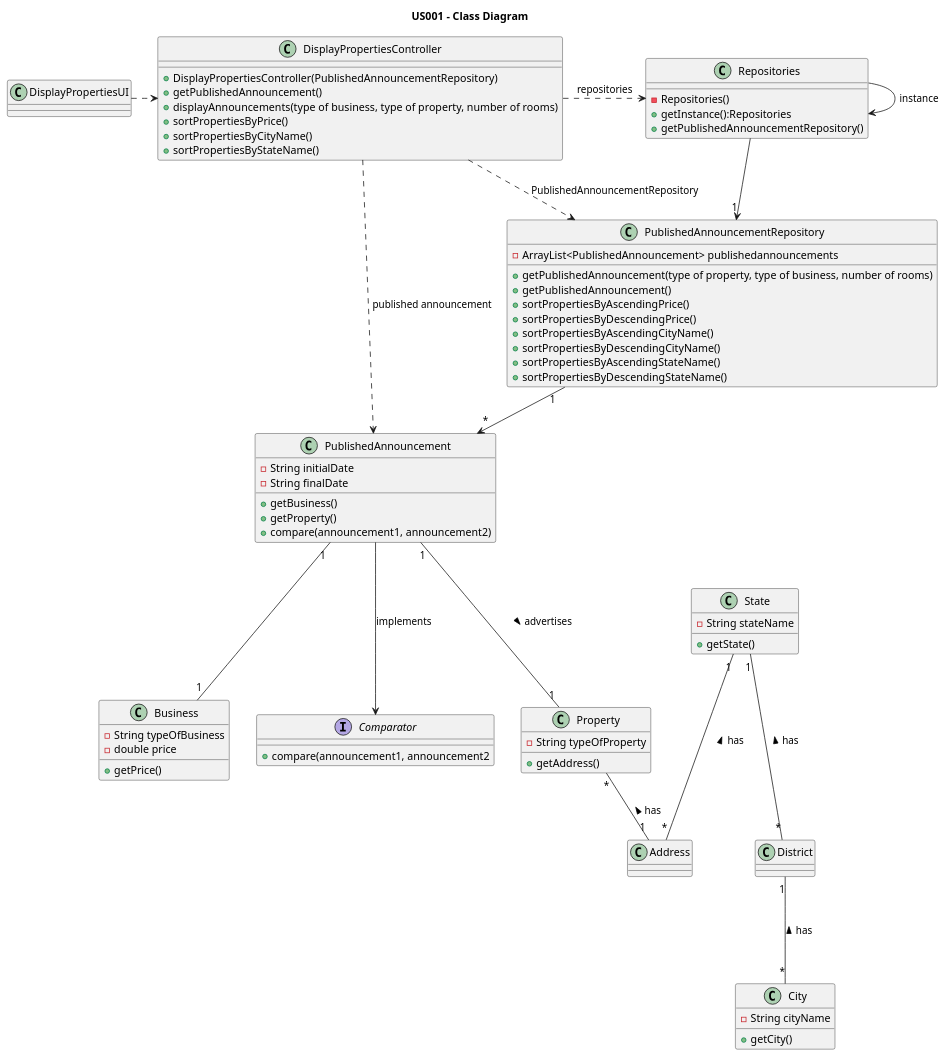
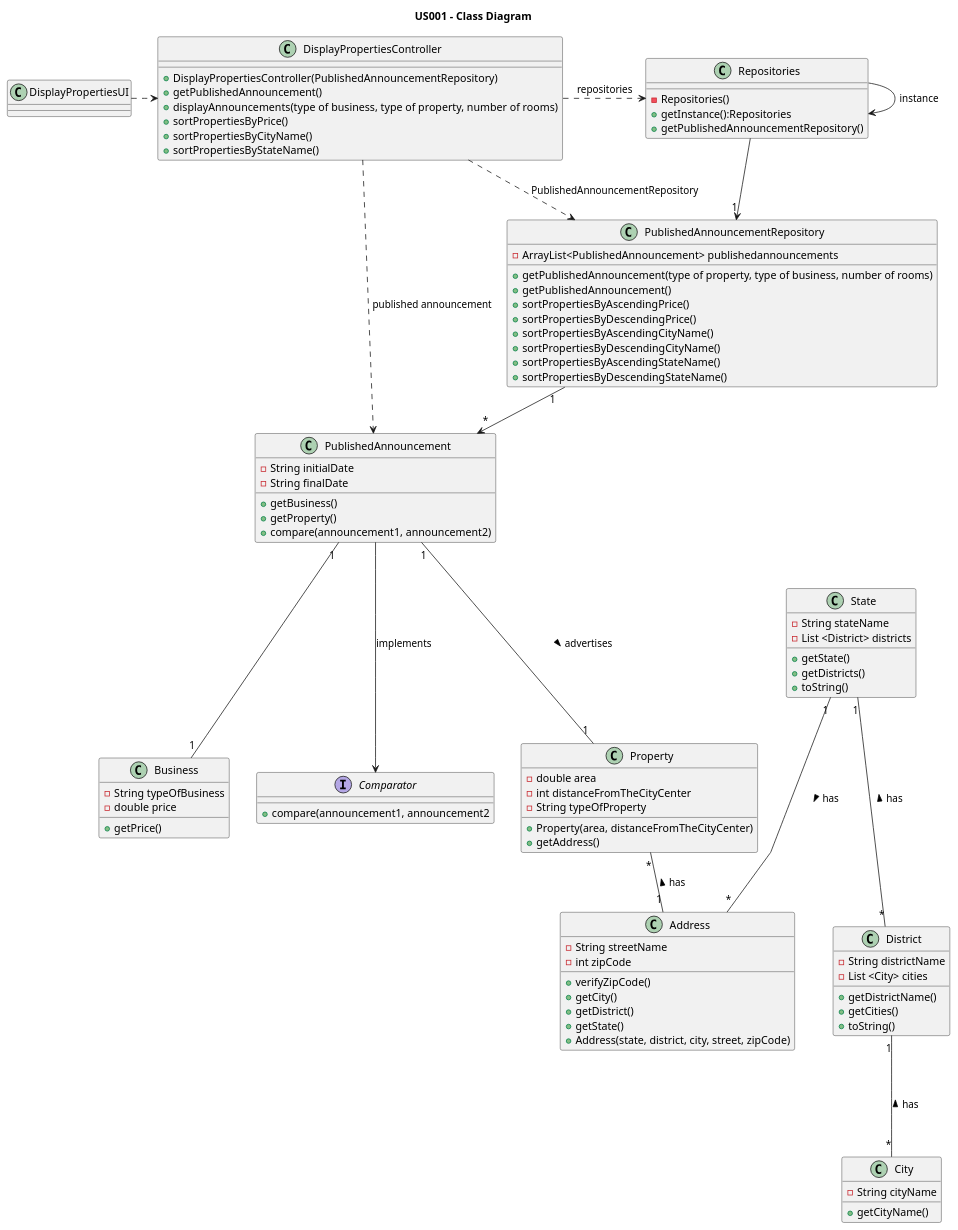
One commit to PureNimble/ISEP-LAPR2 changed the diagram in docs/sprintB/US01/03.design/puml/us01-class-diagram.puml. Above: the diagram before and after it, drawn with PlantUML. The commit also changed 1 other file, not shown here.

Commit message:
Changes on Sequence Diagram full and on Class Diagram.

```diff
--- a/docs/sprintB/US01/03.design/puml/us01-class-diagram.puml
+++ b/docs/sprintB/US01/03.design/puml/us01-class-diagram.puml
@@ -15,16 +15,16 @@
 
 
 class Address {
-    '- String streetName
-    '- int zipCode : 0
+    - String streetName
+    - int zipCode
     '- String CityName
     '- String StateName
 
-    '+verifyZipCode()
-    '+getCity()
-    '+getDistrict()
-    '+getState()
-    '+Address(state, district, city, street, zipCode)
+    +verifyZipCode()
+    +getCity()
+    +getDistrict()
+    +getState()
+    +Address(state, district, city, street, zipCode)
 }
 
 /'class AvailableEquipment {
@@ -50,7 +50,7 @@
 class City {
     - String cityName
 
-    +getCity()
+    +getCityName()
 }
 
 interface Comparator {
@@ -82,7 +82,12 @@
 
 
 class District {
-    '- String districtName
+    - String districtName
+    - List <City> cities
+
+    +getDistrictName()
+    +getCities()
+    +toString()
 }
 
 
@@ -103,12 +108,12 @@
 '/
 
 class Property {
-    '- double area : 0
-    '- int distanceFromTheCityCenter : 0
+    - double area
+    - int distanceFromTheCityCenter
     '- float price
      - String typeOfProperty
 
-    '+ Property(area, distanceFromTheCityCenter)
+    + Property(area, distanceFromTheCityCenter)
      +getAddress()
 }
 
@@ -163,8 +168,11 @@
 
 class State {
     - String stateName
+    - List <District> districts
 
     +getState()
+    +getDistricts()
+    +toString()
 }
 
 
@@ -183,7 +191,7 @@
 
 'Business <|-- Rent
 
-State "1" --- "*" Address : has <
+State "1" --- "*" Address : has >
 'Comission "1" -right- "1" Business : contains <
 
 DisplayPropertiesController .> Repositories : repositories
```
